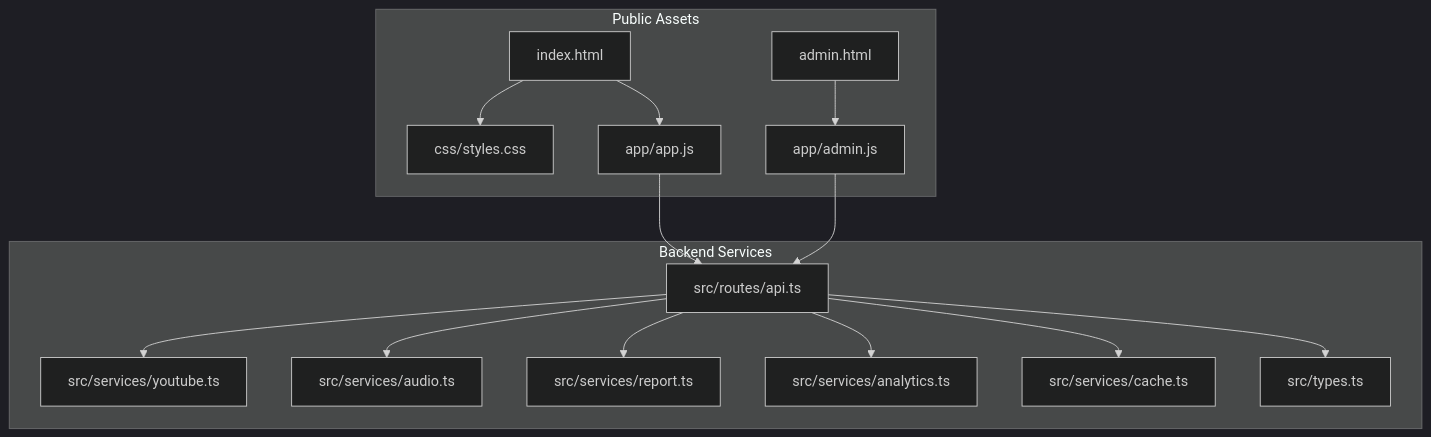
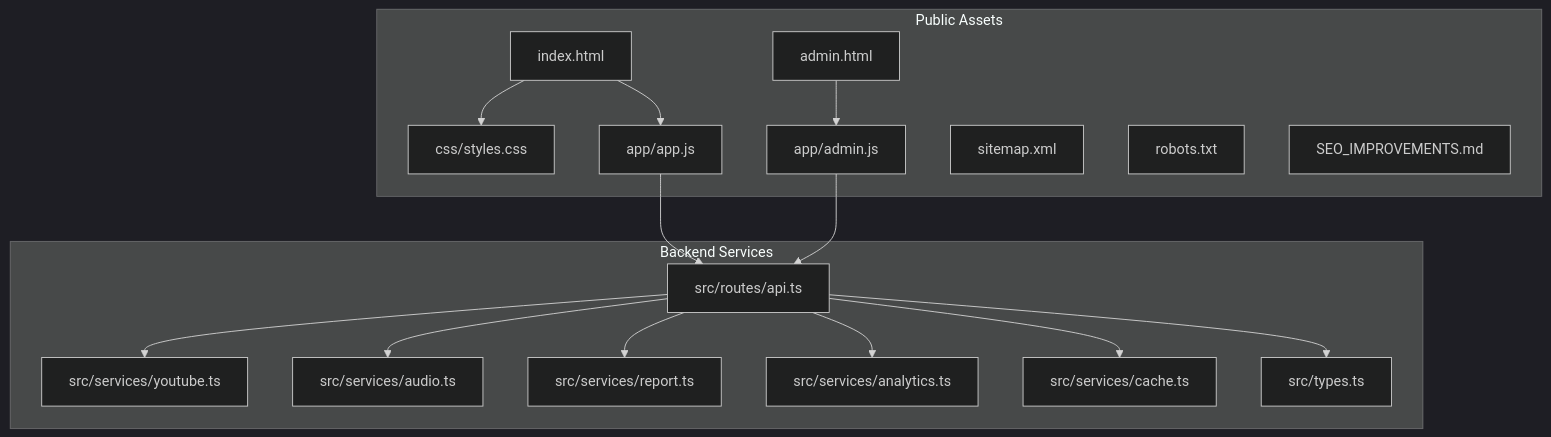
One commit to dkoukoul/kpop-random-dance-generator changed the first of 9 diagrams in .qoder/repowiki/en/content/Frontend Application/Frontend Application.md. Above: the diagram before and after it, drawn with Mermaid (dark theme). The commit also changed other lines of this file and 3 other files, not shown here.

````diff
--- a/.qoder/repowiki/en/content/Frontend Application/Frontend Application.md
+++ b/.qoder/repowiki/en/content/Frontend Application/Frontend Application.md
@@ -38,30 +51,33 @@
 ```mermaid
 graph TB
 subgraph "Public Assets"
 HTML["index.html"]
+ADMINHTML["admin.html"]
 CSS["css/styles.css"]
 APPJS["app/app.js"]
-ADMINHTML["admin.html"]
 ADMINJS["app/admin.js"]
+SITEMAP["sitemap.xml"]
+ROBOTS["robots.txt"]
+ENDPOINT["SEO_IMPROVEMENTS.md"]
 end
 subgraph "Backend Services"
 API["src/routes/api.ts"]
 YT["src/services/youtube.ts"]
 AUDIO["src/services/audio.ts"]
 REPORT["src/services/report.ts"]
 ANALYTICS["src/services/analytics.ts"]
 CACHE["src/services/cache.ts"]
 TYPES["src/types.ts"]
 end
 HTML --> APPJS
 HTML --> CSS
 ADMINHTML --> ADMINJS
 APPJS --> API
 ADMINJS --> API
 API --> YT
 API --> AUDIO
 API --> REPORT
 API --> ANALYTICS
 API --> CACHE
 API --> TYPES
 ```
````
